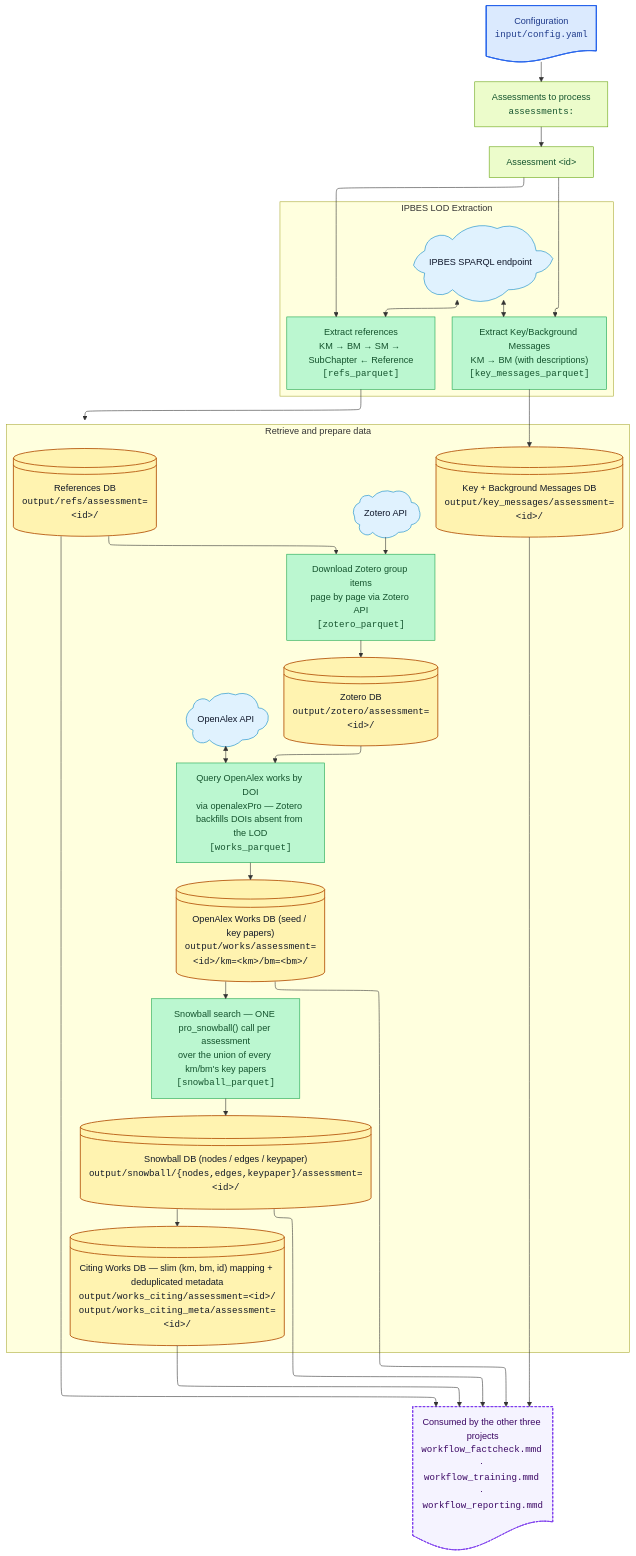
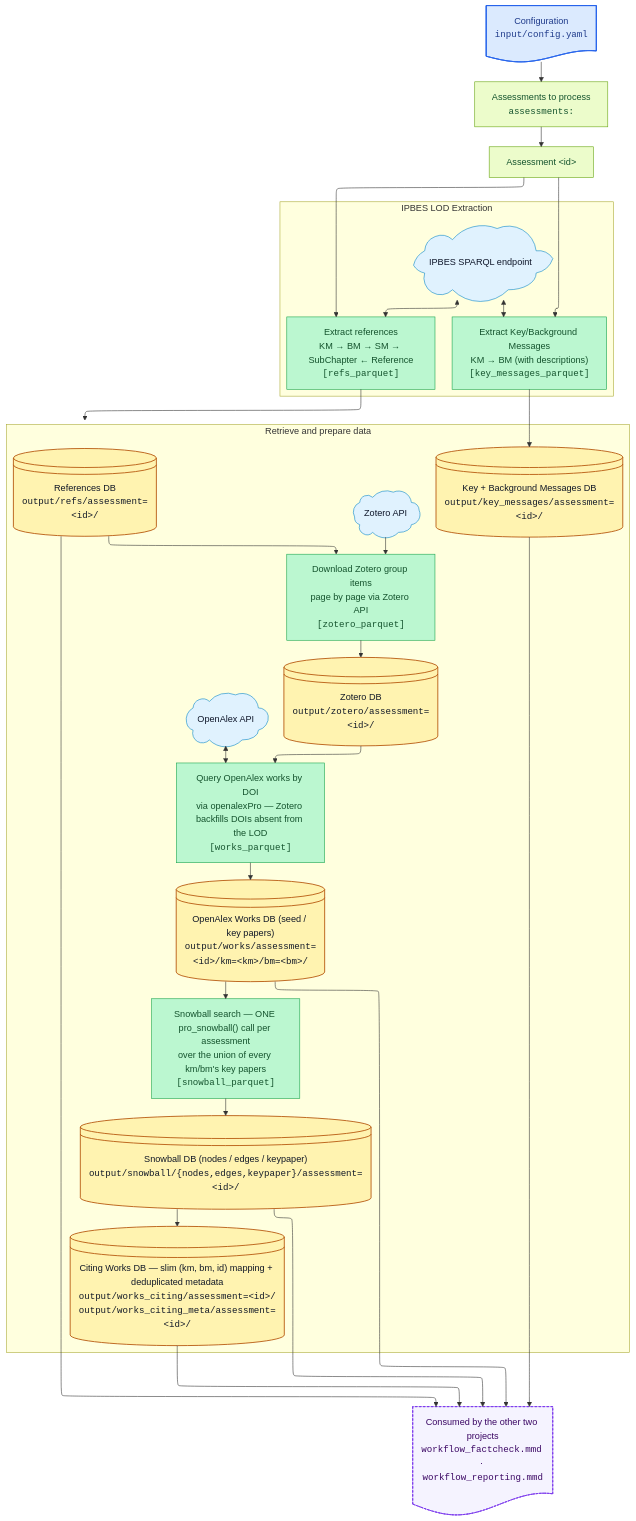
Before and after one commit to IPBES-Data/IPBES_BM_Fact_Checker: the diagram in input/mmd/workflow_main.mmd, drawn with Mermaid. The commit also changed 37 other files, not shown here.

First line of the commit message:
Retire the training project; key-paper QA and the gold standard move to factcheck

```diff
--- a/input/mmd/workflow_main.mmd
+++ b/input/mmd/workflow_main.mmd
@@ -1,143 +1,142 @@
 ---
 config:
   layout: elk
   elk:
     nodePlacementStrategy: BRANDES_KOEPF
 ---
 flowchart TD
 
   %% Conceptual workflow for the COLLECTION project (_targets.R).
   %% --
   %% One of four hand-authored workflow diagrams, one per targets project
   %% (see _targets.yaml and TD_targets.qmd):
   %% --
   %%   workflow_main.mmd        this file -- LOD -> refs -> zotero -> works ->
   %%                            snowball -> works_citing
   %%   workflow_factcheck.mmd   citing works -> NLI -> LLM verification
-  %%   workflow_training.mmd    key papers -> NLI -> LLM -> training set -> fine-tune
   %%   workflow_reporting.mmd   everything that renders
   %% --
-  %% The scoring, verification and training subgraphs that used to live here
+  %% The scoring and verification subgraphs that used to live here
   %% moved out when those targets did. The first cut of this file (out of the
   %% single workflow_nli.mmd) predated that move and kept them, which left it
   %% depicting three projects' worth of work under this one's name.
 
   %% Configuration
   config_file@{ shape: doc, label: "Configuration <br><tt>input/config.yaml</tt>" }
   assessment_list@{ shape: rect, label: "Assessments to process<br/><tt>assessments:</tt>" }
   assessment_id@{ shape: rect, label: "Assessment &lt;id&gt;" }
 
   config_file --> assessment_list
   assessment_list --> assessment_id
   assessment_id --> build_refs
 
   %% LOD Extraction — grouped so the parallel queries stay in one horizontal band
   subgraph lod["IPBES LOD Extraction"]
     direction TB
 
     %% Nodes
     sparql@{ shape: cloud, label: "IPBES SPARQL endpoint" }
     build_refs@{ shape: rect, label: "Extract references<br/>KM → BM → SM → SubChapter ← Reference<br/><tt>[refs_parquet]</tt>" }
     build_key_messages@{ shape: rect, label: "Extract Key/Background Messages<br/>KM → BM (with descriptions)<br/><tt>[key_messages_parquet]</tt>" }
 
     %% Edges
     sparql <--> build_refs
     sparql <--> build_key_messages
   end
 
   assessment_id --> build_key_messages
 
   subgraph data["Retrieve and prepare data"]
     direction TD
 
     %% Nodes
     refs_db@{ shape: lin-cyl, label: "References DB<br/><tt>output/refs/assessment=&lt;id&gt;/</tt>" }
     key_messages_db@{ shape: lin-cyl, label: "Key + Background Messages DB<br/><tt>output/key_messages/assessment=&lt;id&gt;/</tt>" }
     zotero_api@{ shape: cloud, label: "Zotero API" }
     zotero_db@{ shape: lin-cyl, label: "Zotero DB<br/><tt>output/zotero/assessment=&lt;id&gt;/</tt>" }
     openalex@{ shape: cloud, label: "OpenAlex API" }
     works_db@{ shape: lin-cyl, label: "OpenAlex Works DB (seed / key papers)<br/><tt>output/works/assessment=&lt;id&gt;/km=&lt;km&gt;/bm=&lt;bm&gt;/</tt>" }
     citing_db@{ shape: lin-cyl, label: "Citing Works DB — slim (km, bm, id) mapping + deduplicated metadata<br/><tt>output/works_citing/assessment=&lt;id&gt;/</tt><br/><tt>output/works_citing_meta/assessment=&lt;id&gt;/</tt>" }
     download_zotero@{ shape: rect, label: "Download Zotero group items<br/>page by page via Zotero API<br/><tt>[zotero_parquet]</tt>" }
     download_works@{ shape: rect, label: "Query OpenAlex works by DOI<br/>via openalexPro — Zotero backfills DOIs absent from the LOD<br/><tt>[works_parquet]</tt>" }
     snowball@{ shape: rect, label: "Snowball search — ONE pro_snowball() call per assessment<br/>over the union of every km/bm's key papers<br/><tt>[snowball_parquet]</tt>" }
     snowball_db@{ shape: lin-cyl, label: "Snowball DB (nodes / edges / keypaper)<br/><tt>output/snowball/{nodes,edges,keypaper}/assessment=&lt;id&gt;/</tt>" }
 
     %% Edges
     build_refs        --> refs_db
     build_key_messages --> key_messages_db
 
     %% Download spine. zotero_db feeds download_works because download_works()
     %% reads it to backfill DOIs the LOD does not carry -- VA has 0 of ~3,079
     %% references with ipbes:hasDoi, so without this it produces almost nothing.
     refs_db --> download_zotero
     zotero_api --> download_zotero
     download_zotero --> zotero_db
 
     zotero_db --> download_works
     openalex <--> download_works
     download_works --> works_db
 
     works_db --> snowball
     snowball --> snowball_db
     snowball_db --> citing_db
   end
 
   %% What the three consumer projects read from here. Drawn as one node rather
   %% than repeating each downstream chain: this diagram's job is to end where
   %% collection ends, and each consumer has its own file.
-  consumers@{ shape: doc, label: "Consumed by the other three projects<br/><tt>workflow_factcheck.mmd</tt> · <tt>workflow_training.mmd</tt> · <tt>workflow_reporting.mmd</tt>" }
+  consumers@{ shape: doc, label: "Consumed by the other two projects<br/><tt>workflow_factcheck.mmd</tt> · <tt>workflow_reporting.mmd</tt>" }
   refs_db --> consumers
   key_messages_db --> consumers
   works_db --> consumers
   snowball_db --> consumers
   citing_db --> consumers
 
   %% Workflow-diagram navigation (shiny_app/): each clickable node gets a
   %% `click <id> href "#!<id>" "<tooltip>"` directive. Verified directly
   %% (scratchpad render) that mermaid-cli's static SVG output preserves an
   %% href-style click directive as a real `<a xlink:href="#!...">` element,
   %% including a fragment-only href like this one -- unlike a `click <id>
   %% call <fn>(...)` JS-callback directive, which silently does nothing in
   %% a headless-rendered SVG (no mermaid.js runtime attached to intercept
   %% it). shiny_app/R/mod_workflow.R embeds this SVG inline and intercepts
   %% clicks on these anchors client-side via Shiny.setInputValue() rather
   %% than letting them navigate for real (which would reload the whole
   %% Shiny session) -- harmless everywhere else this SVG is embedded (e.g.
   %% IPBES_Fact_Checker.qmd), where an unintercepted "#!..." link is just a
   %% no-op anchor. Node coverage and the kind/description/source-file
   %% metadata for each id lives in shiny_app/R/workflow_node_metadata.R,
   %% maintained by hand alongside this block -- config/helper nodes
   %% (config_file, assessment_list, assessment_id, sparql, zotero_api,
   %% openalex) are deliberately left non-clickable.
   click refs_db href "#!refs_db" "References DB"
   click key_messages_db href "#!key_messages_db" "Key + Background Messages DB"
   click zotero_db href "#!zotero_db" "Zotero DB"
   click works_db href "#!works_db" "OpenAlex Works DB"
   click citing_db href "#!citing_db" "Citing Works DB"
   click snowball_db href "#!snowball_db" "Snowball DB"
 
   click build_refs href "#!build_refs" "Extract references"
   click build_key_messages href "#!build_key_messages" "Extract Key/Background Messages"
   click download_zotero href "#!download_zotero" "Download Zotero group items"
   click download_works href "#!download_works" "Query OpenAlex works by DOI"
   click snowball href "#!snowball" "Snowball search"
 
   %% Styles
   classDef input_file  fill:#dbeafe,stroke:#2563eb,color:#1e3a8a,stroke-width:1.5px;
   classDef config      fill:#ecfccb,stroke:#65a30d,color:#14532d,stroke-width:1px;
   classDef database    fill:#fff3b0,stroke:#b45309,color:#111827,stroke-width:1.5px;
   classDef processing  fill:#bbf7d0,stroke:#16a34a,color:#14532d,stroke-width:1px;
   classDef helper      fill:#e0f2fe,stroke:#0284c7,color:#0f172a,stroke-width:1px;
   classDef handoff     fill:#f5f3ff,stroke:#7c3aed,color:#3b0764,stroke-width:1.5px,stroke-dasharray:4 3;
 
   %% No linkStyle entries: this file has no subgraph-to-subgraph force-ordering
   %% edges left to hide (they existed only to stack the scoring/verification/
-  %% training subgraphs that have moved out). Nothing here needs recounting.
+  %% subgraphs that have moved out). Nothing here needs recounting.
 
   class config_file input_file;
   class assessment_list,assessment_id config;
   class refs_db,key_messages_db,zotero_db,works_db,citing_db,snowball_db database;
   class build_refs,build_key_messages,download_zotero,download_works,snowball processing;
   class sparql,zotero_api,openalex helper;
   class consumers handoff;
```
